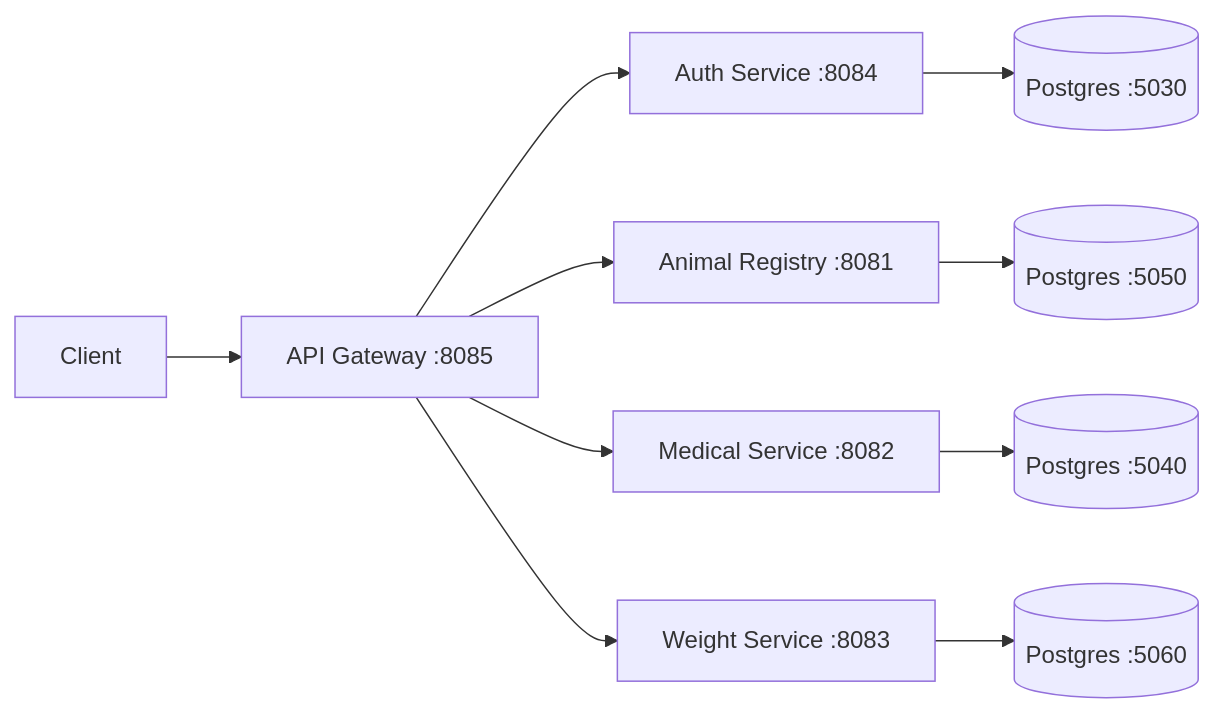
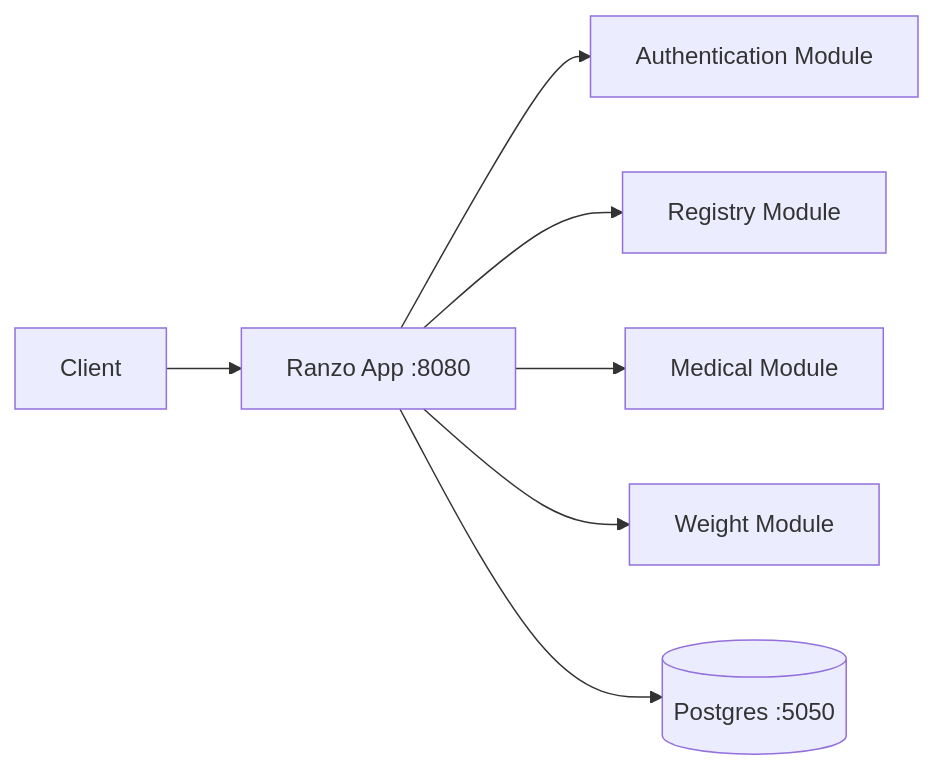
One commit to owamani44/Ranzo changed the diagram in README.md. Above: the diagram before and after it, drawn with Mermaid. The commit also changed other lines of this file and 1 other file, not shown here.

````diff
--- a/README.md
+++ b/README.md
@@ -28,13 +27,9 @@
 ```mermaid
 flowchart LR
-    C[Client] --> G[API Gateway :8085]
-    G --> A[Auth Service :8084]
-    G --> AR[Animal Registry :8081]
-    G --> M[Medical Service :8082]
-    G --> W[Weight Service :8083]
-
-    AR --> DB1[(Postgres :5050)]
-    M --> DB2[(Postgres :5040)]
-    W --> DB3[(Postgres :5060)]
-    A --> DB4[(Postgres :5030)]
+  C[Client] --> APP[Ranzo App :8080]
+  APP --> AUTH[Authentication Module]
+  APP --> REG[Registry Module]
+  APP --> MED[Medical Module]
+  APP --> WGT[Weight Module]
+  APP --> DB[(Postgres :5050)]
 ```
````
